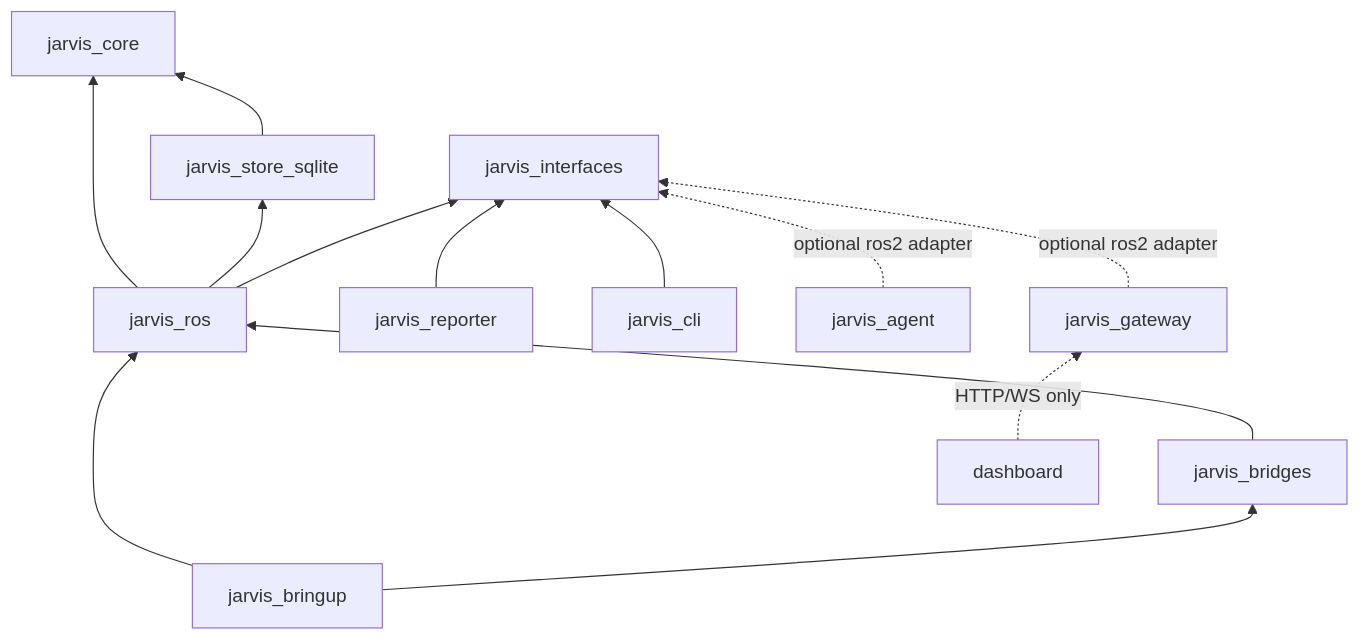
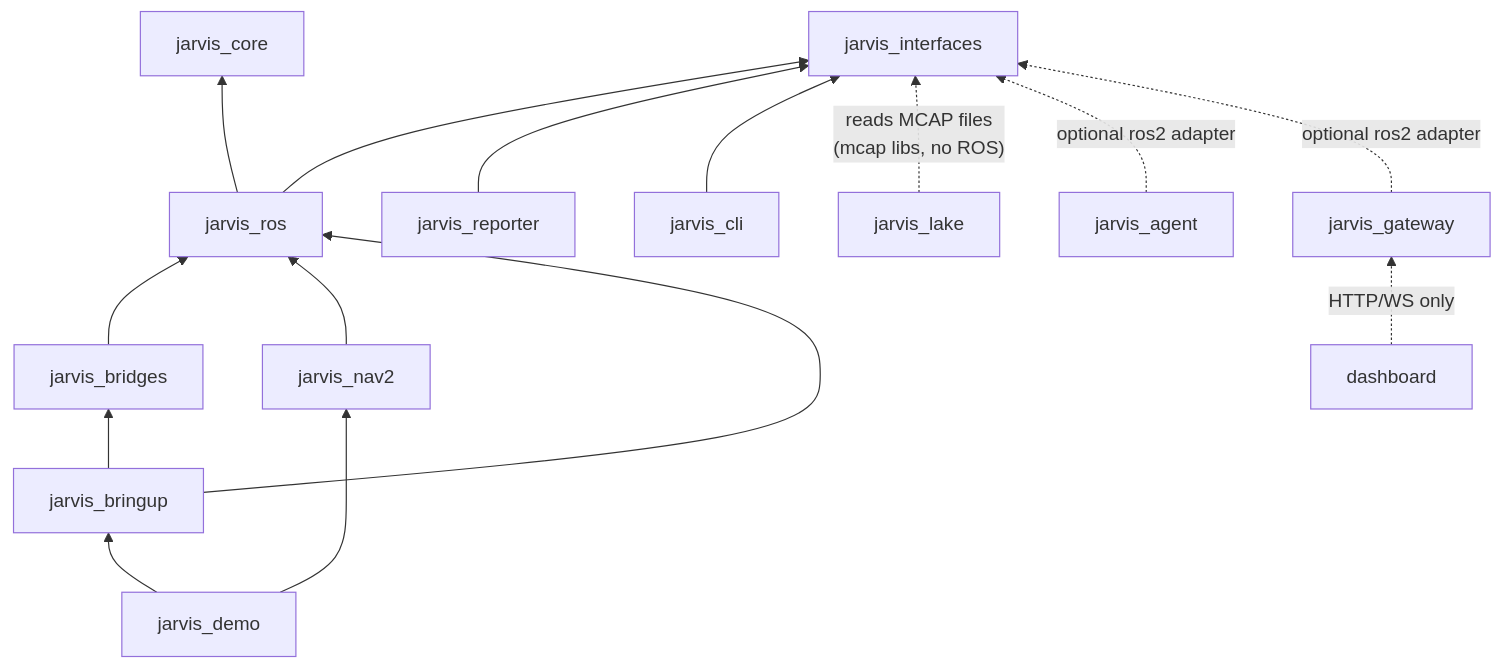
One commit to guilyx/jarvis_ros2 changed the third of 4 diagrams in docs/design/02-architecture.md. Above: the diagram before and after it, drawn with Mermaid. The commit also changed other lines of this file and 20 other files, not shown here.

````diff
--- a/docs/design/02-architecture.md
+++ b/docs/design/02-architecture.md
@@ -143,17 +151,19 @@
 ```mermaid
 flowchart BT
   core["jarvis_core"]
-  store["jarvis_store_sqlite"] --> core
   ifc["jarvis_interfaces"]
   ros["jarvis_ros"] --> core
-  ros --> store
   ros --> ifc
   br["jarvis_bridges"] --> ros
+  nav["jarvis_nav2"] --> ros
   rep["jarvis_reporter"] --> ifc
   cli["jarvis_cli"] --> ifc
   bring["jarvis_bringup"] --> ros
   bring --> br
+  demo["jarvis_demo"] --> bring
+  demo --> nav
+  lake["jarvis_lake"] -. "reads MCAP files<br/>(mcap libs, no ROS)" .-> ifc
   agent["jarvis_agent"] -. "optional ros2 adapter" .-> ifc
   gw["jarvis_gateway"] -. "optional ros2 adapter" .-> ifc
   ui["dashboard"] -. "HTTP/WS only" .-> gw
 ```
````
